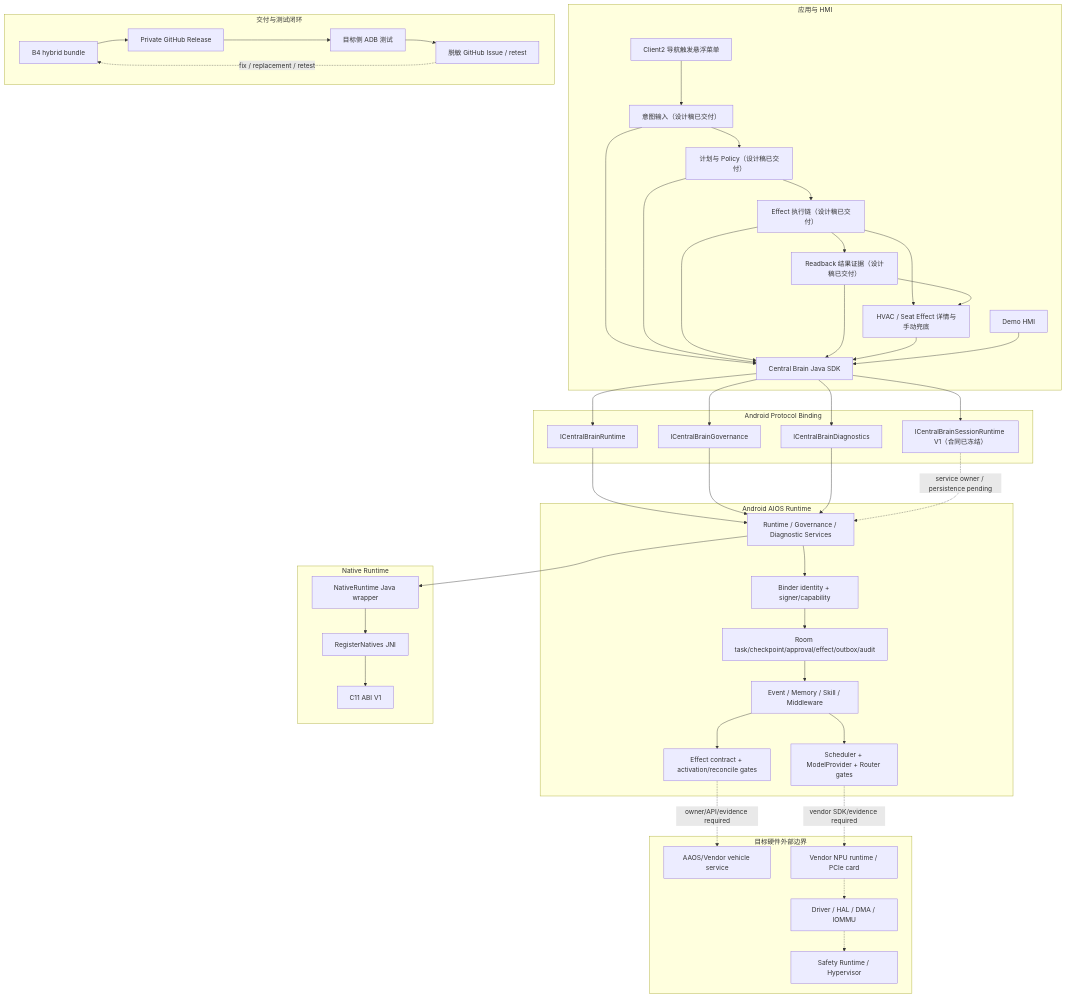
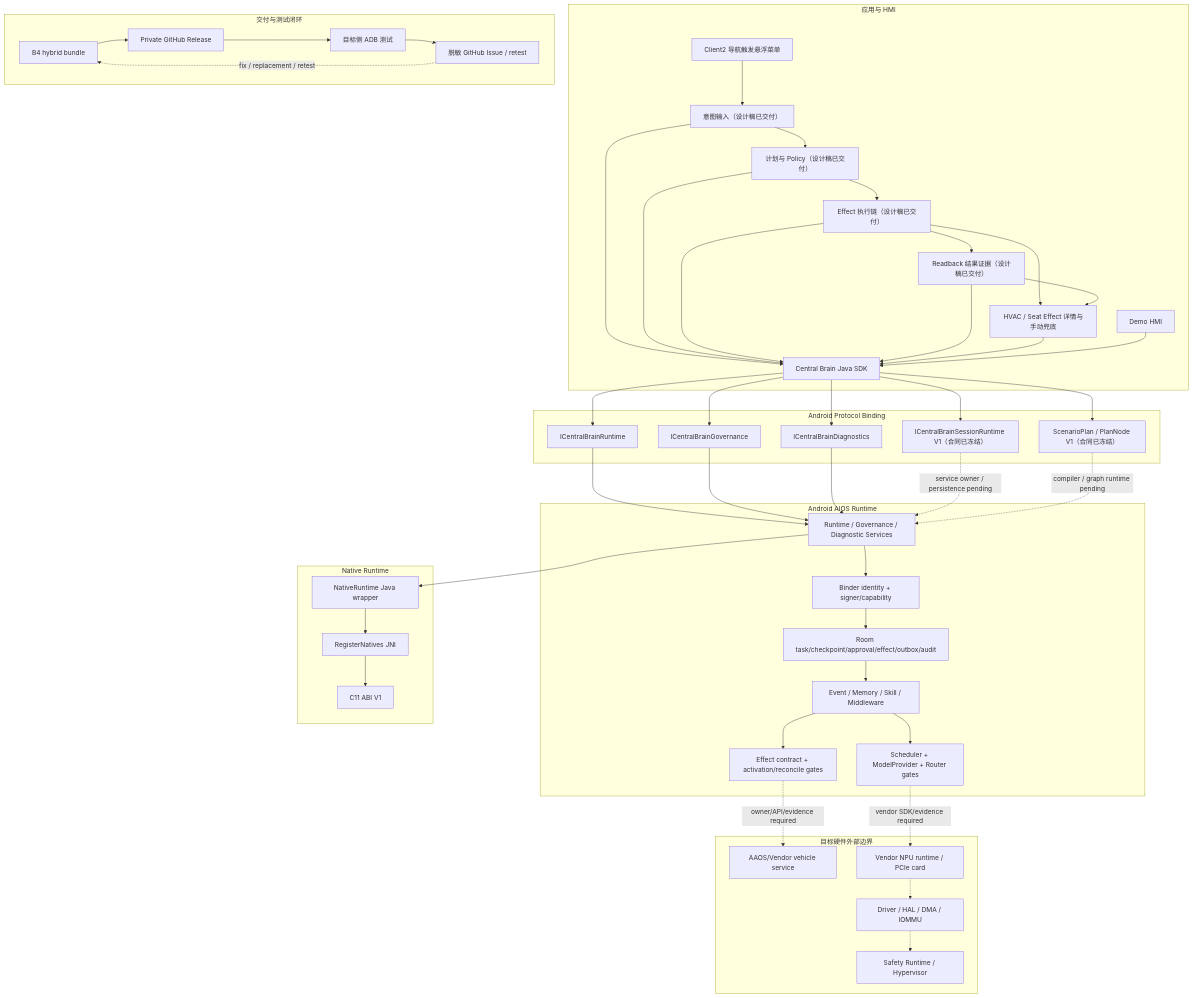
Before and after one commit to LucasWEIchen/CougarOS: the diagram in README.md, drawn with Mermaid. The commit also changed other lines of this file and 26 other files, not shown here.

Commit message:
feat(android): add Stage 2 plan contract

````diff
--- a/README.md
+++ b/README.md
@@ -90,77 +91,80 @@
 ```mermaid
 flowchart TB
   subgraph App["应用与 HMI"]
     Client2["Client2 导航触发悬浮菜单"]
     IntentUi["意图输入（设计稿已交付）"]
     PlanUi["计划与 Policy（设计稿已交付）"]
     ExecutionUi["Effect 执行链（设计稿已交付）"]
     ResultUi["Readback 结果证据（设计稿已交付）"]
     DeviceUi["HVAC / Seat Effect 详情与手动兜底"]
     Demo["Demo HMI"]
     Sdk["Central Brain Java SDK"]
   end
 
   subgraph Binder["Android Protocol Binding"]
     RuntimeApi["ICentralBrainRuntime"]
     GovApi["ICentralBrainGovernance"]
     DiagApi["ICentralBrainDiagnostics"]
     SessionApi["ICentralBrainSessionRuntime V1（合同已冻结）"]
+    PlanContract["ScenarioPlan / PlanNode V1（合同已冻结）"]
   end
 
   subgraph Runtime["Android AIOS Runtime"]
     Services["Runtime / Governance / Diagnostic Services"]
     Identity["Binder identity + signer/capability"]
     Durable["Room task/checkpoint/approval/effect/outbox/audit"]
     Domains["Event / Memory / Skill / Middleware"]
     Model["Scheduler + ModelProvider + Router gates"]
     Effect["Effect contract + activation/reconcile gates"]
   end
 
   subgraph Native["Native Runtime"]
     JavaBridge["NativeRuntime Java wrapper"]
     Jni["RegisterNatives JNI"]
     CAbi["C11 ABI V1"]
   end
 
   subgraph Target["目标硬件外部边界"]
     Vehicle["AAOS/Vendor vehicle service"]
     VendorNpu["Vendor NPU runtime / PCIe card"]
     Driver["Driver / HAL / DMA / IOMMU"]
     Safety["Safety Runtime / Hypervisor"]
   end
 
   subgraph Delivery["交付与测试闭环"]
     Bundle["B4 hybrid bundle"]
     Release["Private GitHub Release"]
     Tester["目标侧 ADB 测试"]
     Issue["脱敏 GitHub Issue / retest"]
   end
 
   Client2 --> IntentUi --> PlanUi --> ExecutionUi --> ResultUi
   ExecutionUi --> DeviceUi
   ResultUi --> DeviceUi
   IntentUi --> Sdk
   PlanUi --> Sdk
   ExecutionUi --> Sdk
   ResultUi --> Sdk
   DeviceUi --> Sdk
   Demo --> Sdk
   Sdk --> RuntimeApi
   Sdk --> GovApi
   Sdk --> DiagApi
   Sdk --> SessionApi
+  Sdk --> PlanContract
   RuntimeApi --> Services
   GovApi --> Services
   DiagApi --> Services
   SessionApi -. "service owner / persistence pending" .-> Services
+  PlanContract -. "compiler / graph runtime pending" .-> Services
   Services --> Identity --> Durable
   Durable --> Domains
   Domains --> Model
   Domains --> Effect
   Services --> JavaBridge --> Jni --> CAbi
   Effect -. "owner/API/evidence required" .-> Vehicle
   Model -. "vendor SDK/evidence required" .-> VendorNpu
   VendorNpu -.-> Driver -.-> Safety
   Bundle --> Release --> Tester --> Issue
   Issue -. "fix / replacement / retest" .-> Bundle
 ```
````
